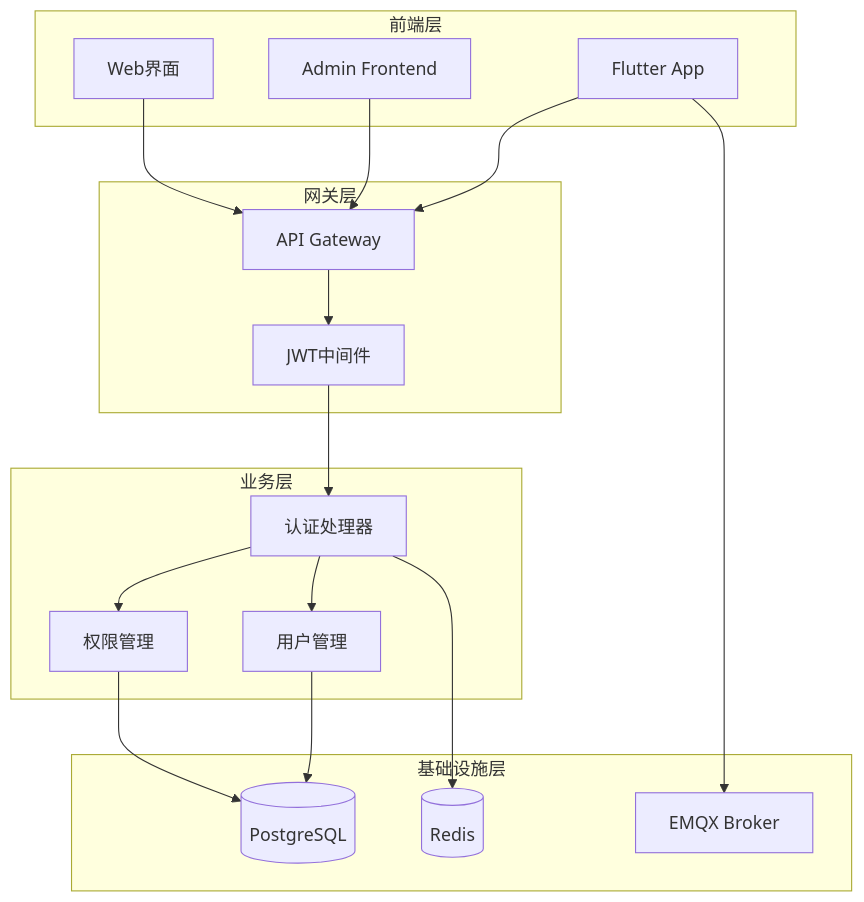
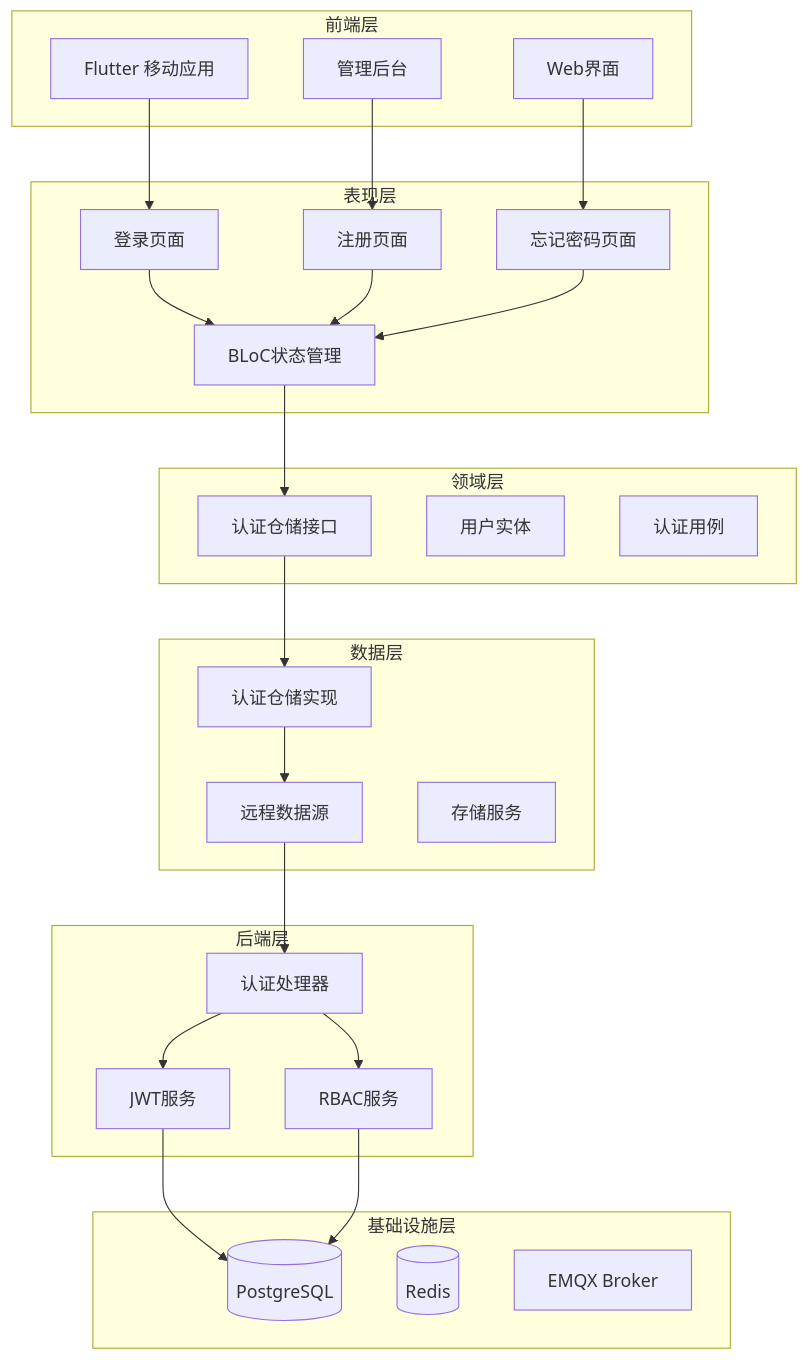
One commit to mcmrzy/cs_inv_monitor-develop changed the first of 14 diagrams in .qoder/repowiki/zh/content/移动端应用/用户认证模块.md. Above: the diagram before and after it, drawn with Mermaid. The commit also changed other lines of this file and 128 other files, not shown here.

````diff
--- a/.qoder/repowiki/zh/content/移动端应用/用户认证模块.md
+++ b/.qoder/repowiki/zh/content/移动端应用/用户认证模块.md
@@ -38,33 +53,48 @@
 ```mermaid
 graph TB
 subgraph "前端层"
-FE1[Flutter App]
-FE2[Admin Frontend]
-FE3[Web界面]
+Mobile[Flutter 移动应用]
+Admin[管理后台]
+Web[Web界面]
 end
-subgraph "网关层"
-GW[API Gateway]
-JWT[JWT中间件]
+subgraph "表现层"
+LoginPage[登录页面]
+RegisterPage[注册页面]
+ForgotPage[忘记密码页面]
+BLoC[BLoC状态管理]
 end
-subgraph "业务层"
-AH[认证处理器]
-UM[用户管理]
-PM[权限管理]
+subgraph "领域层"
+AuthRepository[认证仓储接口]
+UserEntity[用户实体]
+AuthUseCases[认证用例]
+end
+subgraph "数据层"
+AuthRepositoryImpl[认证仓储实现]
+RemoteDataSource[远程数据源]
+StorageService[存储服务]
+end
+subgraph "后端层"
+AuthHandler[认证处理器]
+JWTService[JWT服务]
+RBACService[RBAC服务]
 end
 subgraph "基础设施层"
 DB[(PostgreSQL)]
 REDIS[(Redis)]
 EMQX[EMQX Broker]
 end
-FE1 --> GW
-FE2 --> GW
-FE3 --> GW
-GW --> JWT
-JWT --> AH
-AH --> UM
-AH --> PM
-UM --> DB
-PM --> DB
-AH --> REDIS
-FE1 --> EMQX
+Mobile --> LoginPage
+Admin --> RegisterPage
+Web --> ForgotPage
+LoginPage --> BLoC
+RegisterPage --> BLoC
+ForgotPage --> BLoC
+BLoC --> AuthRepository
+AuthRepository --> AuthRepositoryImpl
+AuthRepositoryImpl --> RemoteDataSource
+RemoteDataSource --> AuthHandler
+AuthHandler --> JWTService
+AuthHandler --> RBACService
+JWTService --> DB
+RBACService --> DB
 ```
````
